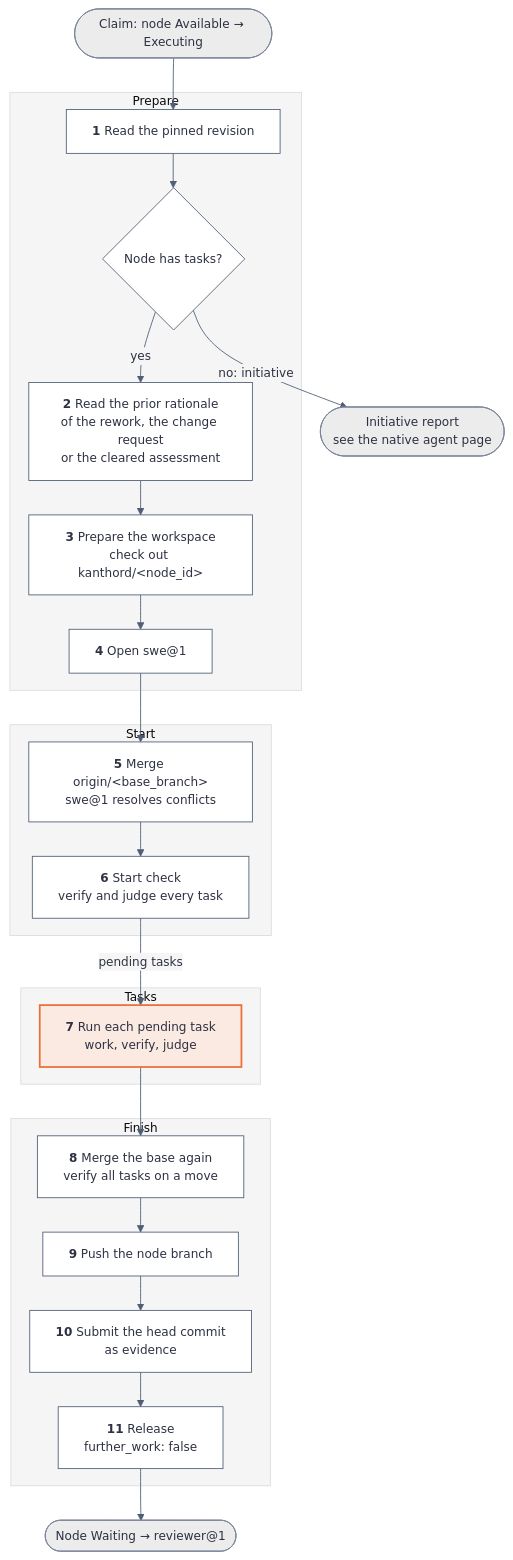
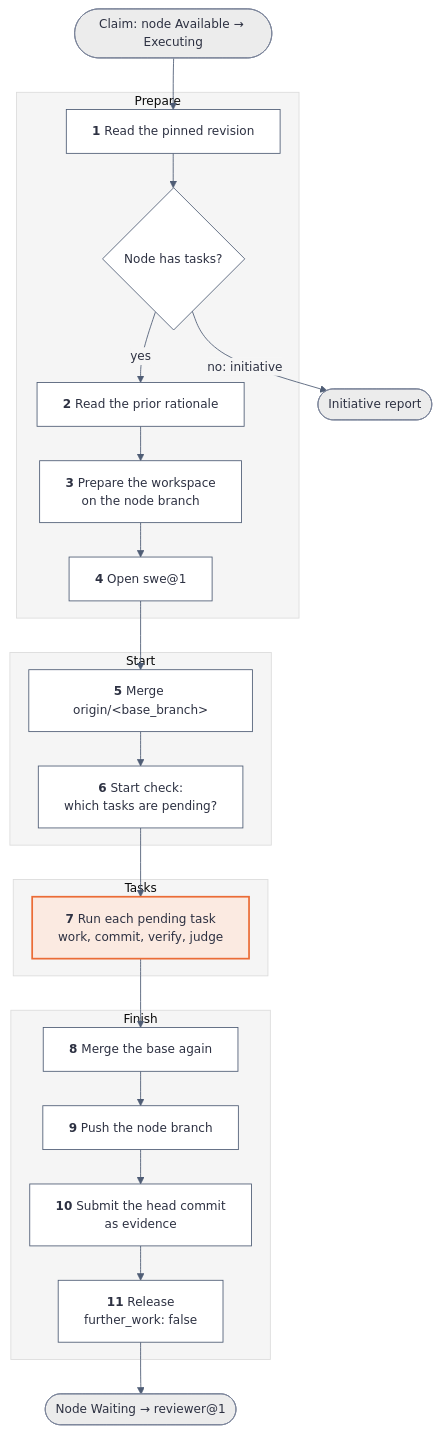
One commit to kanthorlabs/kanthord changed the first of 4 diagrams in docs/explanation/coder-worker.md. Above: the diagram before and after it, drawn with Mermaid. The commit also changed other lines of this file and 31 other files, not shown here.

````diff
--- a/docs/explanation/coder-worker.md
+++ b/docs/explanation/coder-worker.md
@@ -22,35 +52,35 @@
 ```mermaid
 %%{init: {"theme": "base", "themeVariables": {"background": "#f5f5f5", "primaryColor": "#ffffff", "primaryTextColor": "#2d3142", "primaryBorderColor": "#4f5d75", "secondaryColor": "#ececec", "tertiaryColor": "#f5f5f5", "lineColor": "#4f5d75", "edgeLabelBackground": "#f5f5f5", "fontFamily": "system-ui, sans-serif", "fontSize": "14px"}, "flowchart": {"htmlLabels": true, "useMaxWidth": false, "nodeSpacing": 24, "rankSpacing": 40}}}%%
 flowchart TB
     accTitle: The coder@1 execution in 11 steps
     accDescr: Four phases. Prepare reads the revision and the prior rationale, prepares the workspace and opens swe@1. Start merges the base branch and checks every task. Tasks runs each pending task. Finish merges the base branch again, pushes, submits the head commit and releases the node to Waiting.
     claim(["Claim: node Available → Executing"]) --> s1
     subgraph prepare ["Prepare"]
         s1["<b>1</b> Read the pinned revision"] --> kind{"Node has tasks?"}
-        kind -- yes --> s2["<b>2</b> Read the prior rationale<br/>of the rework, the change request<br/>or the cleared assessment"]
-        s2 --> s3["<b>3</b> Prepare the workspace<br/>check out kanthord/&lt;node_id&gt;"]
+        kind -- yes --> s2["<b>2</b> Read the prior rationale"]
+        s2 --> s3["<b>3</b> Prepare the workspace<br/>on the node branch"]
         s3 --> s4["<b>4</b> Open swe@1"]
     end
-    kind -- "no: initiative" --> report(["Initiative report<br/>see the native agent page"])
+    kind -- "no: initiative" --> report(["Initiative report"])
     subgraph start ["Start"]
-        s5["<b>5</b> Merge origin/&lt;base_branch&gt;<br/>swe@1 resolves conflicts"]
-        s5 --> s6["<b>6</b> Start check<br/>verify and judge every task"]
+        s5["<b>5</b> Merge origin/&lt;base_branch&gt;"]
+        s5 --> s6["<b>6</b> Start check:<br/>which tasks are pending?"]
     end
     s4 --> s5
     subgraph tasks ["Tasks"]
-        s7["<b>7</b> Run each pending task<br/>work, verify, judge"]
+        s7["<b>7</b> Run each pending task<br/>work, commit, verify, judge"]
     end
-    s6 -- "pending tasks" --> s7
+    s6 --> s7
     subgraph finish ["Finish"]
-        s8["<b>8</b> Merge the base again<br/>verify all tasks on a move"]
+        s8["<b>8</b> Merge the base again"]
         s8 --> s9["<b>9</b> Push the node branch"]
         s9 --> s10["<b>10</b> Submit the head commit<br/>as evidence"]
         s10 --> s11["<b>11</b> Release<br/>further_work: false"]
     end
     s7 --> s8
     s11 --> waiting(["Node Waiting → reviewer@1"])
     classDef focal fill:#fbeae1,stroke:#eb6c36,color:#2d3142,stroke-width:2px;
     classDef outcome fill:#ececec,stroke:#7a8399,color:#2d3142;
     class s7 focal;
     class claim,report,waiting outcome;
 ```
````
